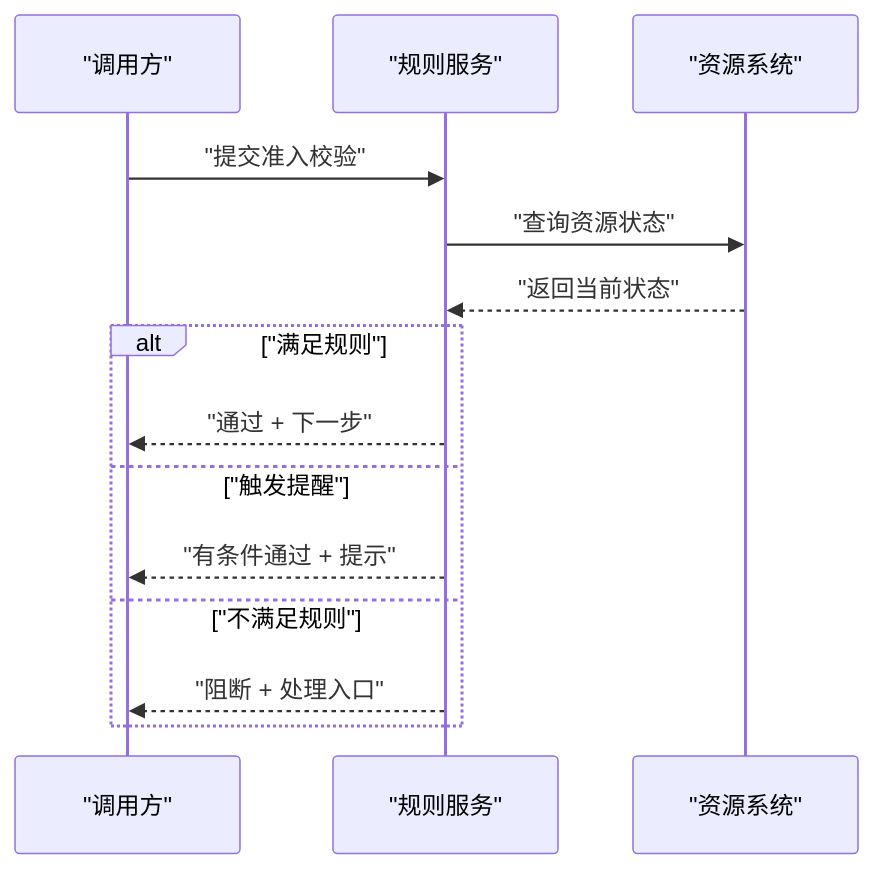
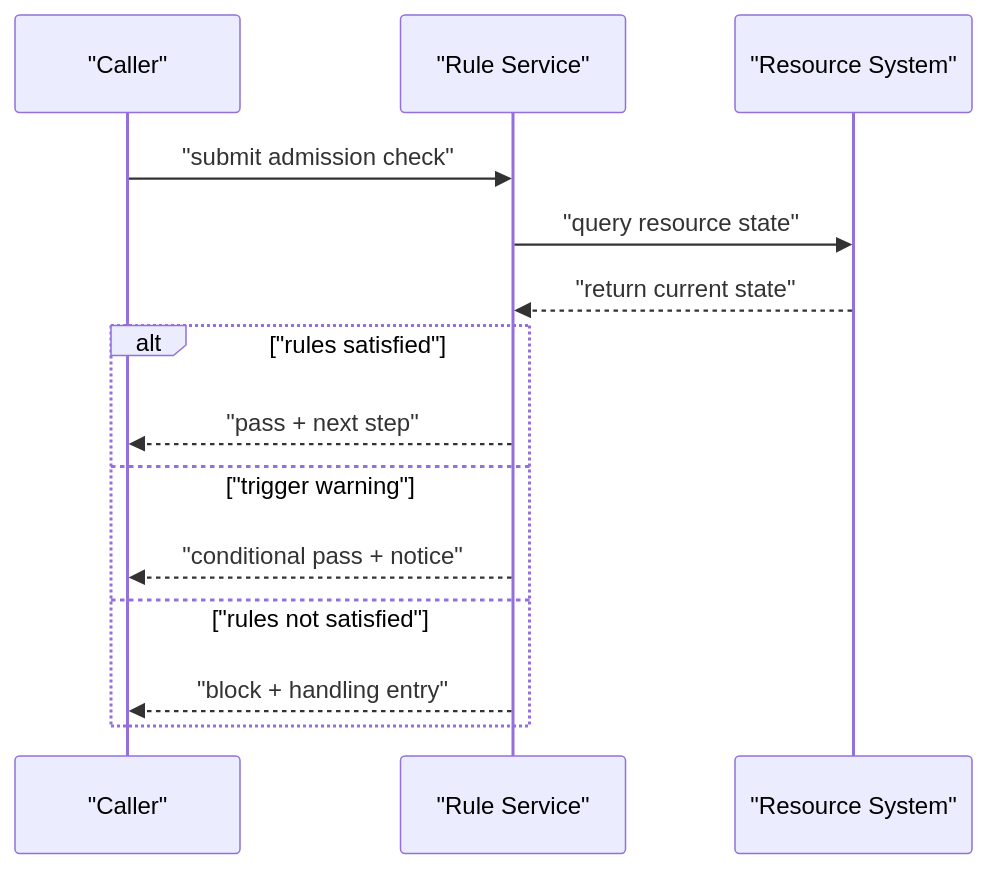
One commit to xyjunco/junco-skill changed the sixth of 9 diagrams in references/diagram-patterns.md. Above: the diagram before and after it, drawn with Mermaid. The commit also changed other lines of this file and 6 other files, not shown here.

````diff
--- a/references/diagram-patterns.md
+++ b/references/diagram-patterns.md
@@ -248,17 +271,17 @@
 ```mermaid
 sequenceDiagram
-  participant Caller as "调用方"
-  participant Rule as "规则服务"
-  participant Resource as "资源系统"
+  participant Caller as "Caller"
+  participant Rule as "Rule Service"
+  participant Resource as "Resource System"
 
-  Caller->>Rule: "提交准入校验"
-  Rule->>Resource: "查询资源状态"
-  Resource-->>Rule: "返回当前状态"
-  alt "满足规则"
-    Rule-->>Caller: "通过 + 下一步"
-  else "触发提醒"
-    Rule-->>Caller: "有条件通过 + 提示"
-  else "不满足规则"
-    Rule-->>Caller: "阻断 + 处理入口"
+  Caller->>Rule: "submit admission check"
+  Rule->>Resource: "query resource state"
+  Resource-->>Rule: "return current state"
+  alt "rules satisfied"
+    Rule-->>Caller: "pass + next step"
+  else "trigger warning"
+    Rule-->>Caller: "conditional pass + notice"
+  else "rules not satisfied"
+    Rule-->>Caller: "block + handling entry"
   end
 ```
````
